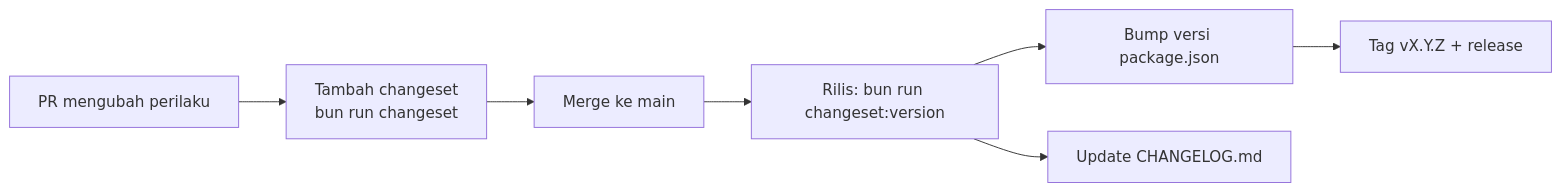
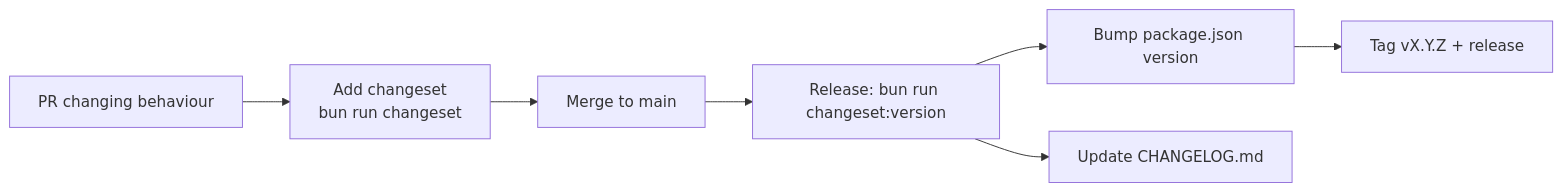
One commit to ahliweb/awcms changed the third of 3 diagrams in docs/awcms/09_roadmap_repository_commit.md. Above: the diagram before and after it, drawn with Mermaid. The commit also changed other lines of this file and 603 other files, not shown here.

````diff
--- a/docs/awcms/09_roadmap_repository_commit.md
+++ b/docs/awcms/09_roadmap_repository_commit.md
@@ -310,9 +312,9 @@
 ```mermaid
 flowchart LR
-  PR[PR mengubah perilaku] --> CS[Tambah changeset<br/>bun run changeset]
-  CS --> Merge[Merge ke main]
-  Merge --> Rel[Rilis: bun run changeset:version]
-  Rel --> Bump[Bump versi package.json]
+  PR[PR changing behaviour] --> CS[Add changeset<br/>bun run changeset]
+  CS --> Merge[Merge to main]
+  Merge --> Rel[Release: bun run changeset:version]
+  Rel --> Bump[Bump package.json version]
   Rel --> Log[Update CHANGELOG.md]
   Bump --> Tag[Tag vX.Y.Z + release]
 ```
````
